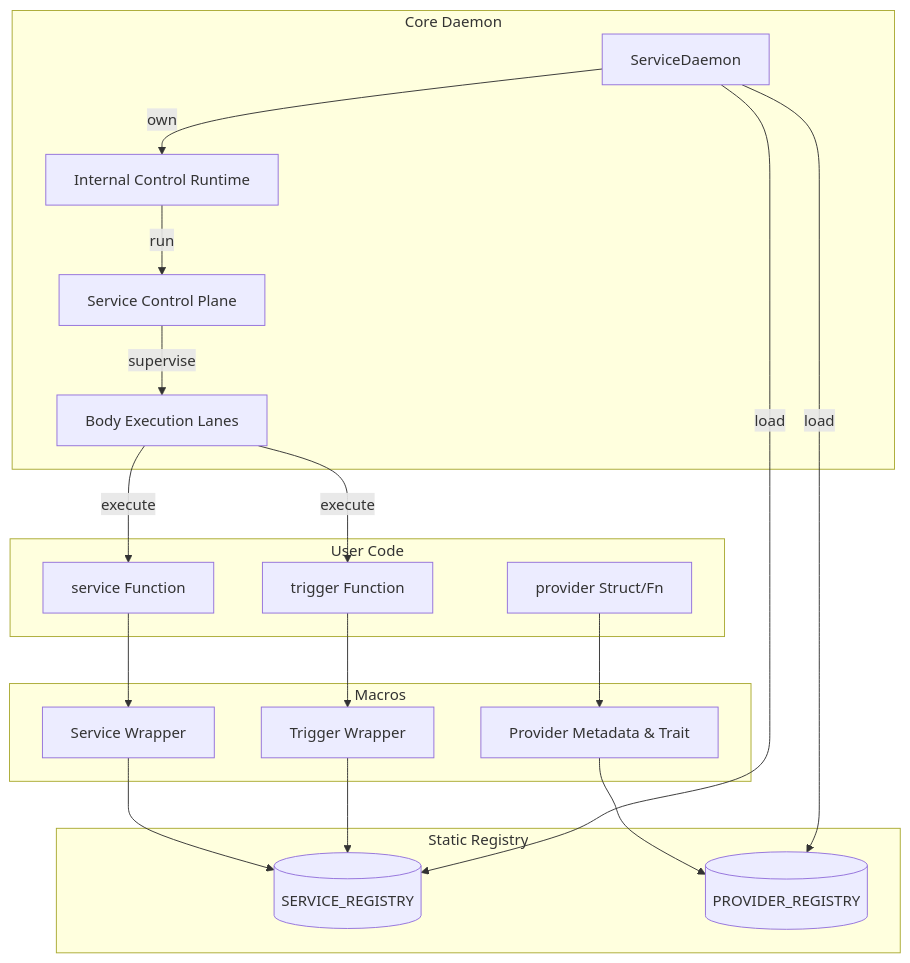
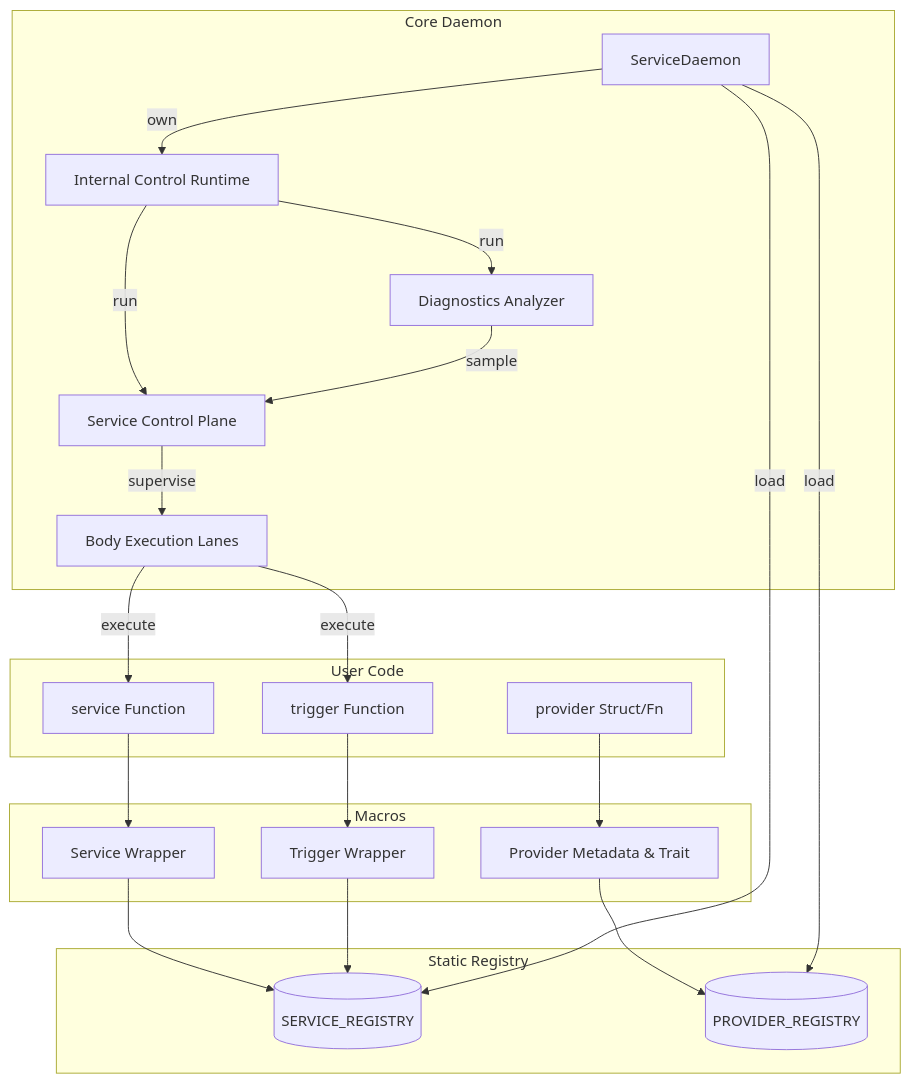
The first of 2 diagrams in docs/architecture/internal-overview.md (loft-games/service-daemon-rs), drawn with Mermaid before and after one commit. The commit also changed other lines of this file and 10 other files, not shown here.

````diff
--- a/docs/architecture/internal-overview.md
+++ b/docs/architecture/internal-overview.md
@@ -32,37 +32,40 @@
 ```mermaid
 graph TD
     subgraph User_Code ["User Code"]
         S["service Function"]
         P["provider Struct/Fn"]
         T["trigger Function"]
     end
 
     subgraph Macro_Gen ["Macros"]
         M_S[Service Wrapper]
         M_P[Provider Metadata & Trait]
         M_T[Trigger Wrapper]
     end
 
     subgraph Static_Registry ["Static Registry"]
         SR[("SERVICE_REGISTRY")]
         PR[("PROVIDER_REGISTRY")]
     end
 
     subgraph Core_Daemon ["Core Daemon"]
         SD[ServiceDaemon]
         CR[Internal Control Runtime]
         SCP[Service Control Plane]
+        AD[Diagnostics Analyzer]
         BL[Body Execution Lanes]
     end
 
     S --> M_S --> SR
     P --> M_P --> PR
     T --> M_T --> SR
 
     SD -->|load| SR & PR
     SD -->|own| CR
     CR -->|run| SCP
+    CR -->|run| AD
+    AD -->|sample| SCP
     SCP -->|supervise| BL
     BL -->|execute| S
     BL -->|execute| T
 ```
````
